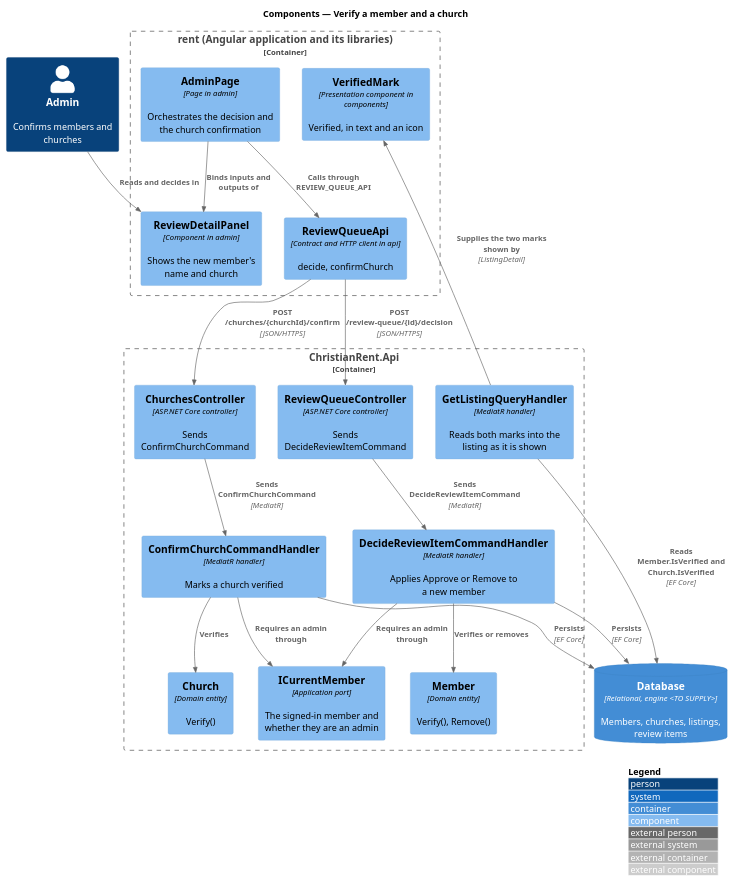
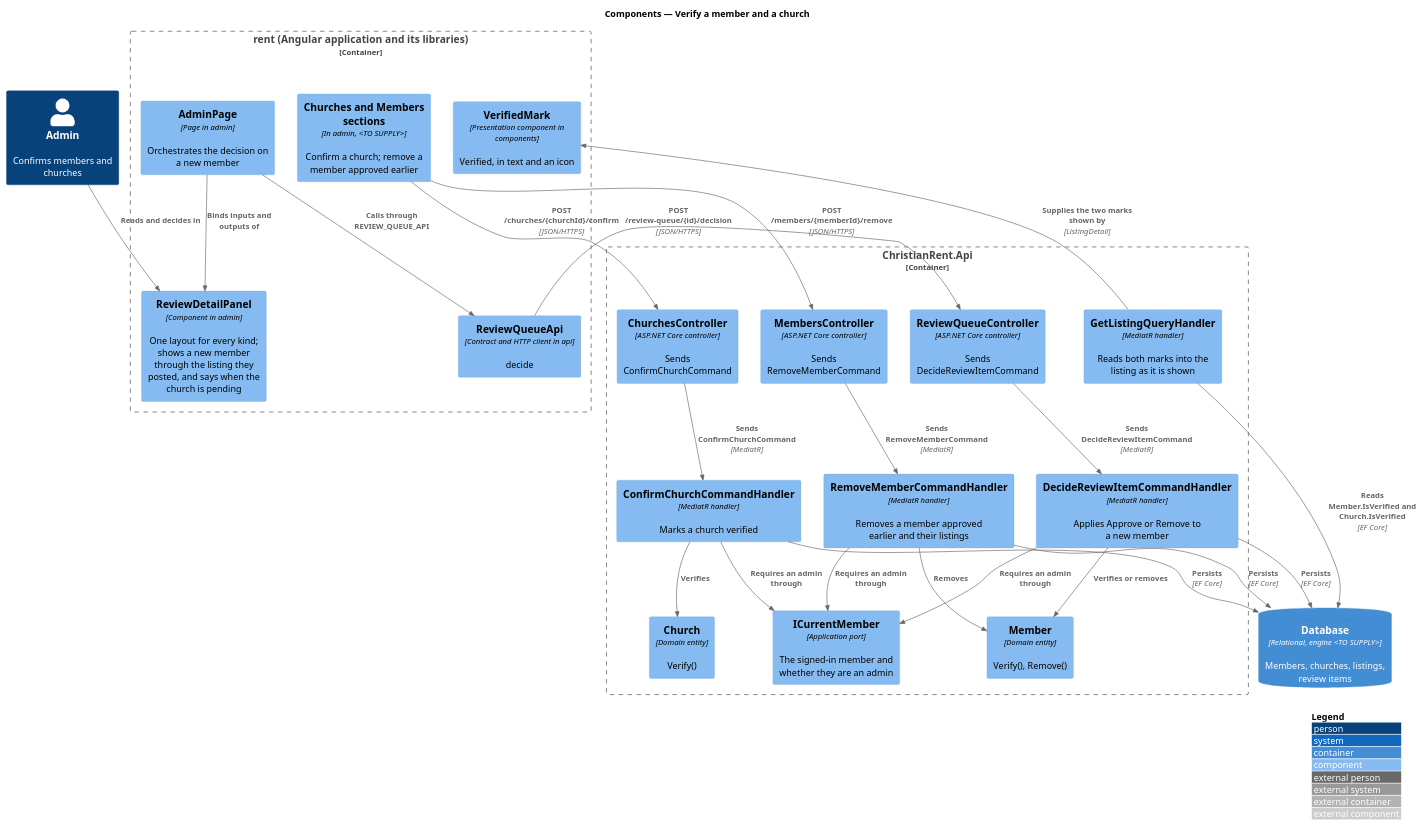
The diagram in docs/detailed-designs/members/verify-member-and-church/diagrams/c4-component.puml (QuinntyneBrown/christian-rent), drawn with PlantUML before and after one commit. The commit also changed 148 other files, not shown here.

```diff
--- a/docs/detailed-designs/members/verify-member-and-church/diagrams/c4-component.puml
+++ b/docs/detailed-designs/members/verify-member-and-church/diagrams/c4-component.puml
@@ -1,40 +1,48 @@
 @startuml
 !include <C4/C4_Component>
 LAYOUT_WITH_LEGEND()
 title Components — Verify a member and a church
 
 Person(admin, "Admin", "Confirms members and churches")
 Container_Boundary(rent, "rent (Angular application and its libraries)") {
-  Component(page, "AdminPage", "Page in admin", "Orchestrates the decision and the church confirmation")
-  Component(panel, "ReviewDetailPanel", "Component in admin", "Shows the new member's name and church")
-  Component(client, "ReviewQueueApi", "Contract and HTTP client in api", "decide, confirmChurch")
+  Component(page, "AdminPage", "Page in admin", "Orchestrates the decision on a new member")
+  Component(panel, "ReviewDetailPanel", "Component in admin", "One layout for every kind; shows a new member through the listing they posted, and says when the church is pending")
+  Component(client, "ReviewQueueApi", "Contract and HTTP client in api", "decide")
+  Component(sections, "Churches and Members sections", "In admin, <TO SUPPLY>", "Confirm a church; remove a member approved earlier")
   Component(mark, "VerifiedMark", "Presentation component in components", "Verified, in text and an icon")
 }
 Container_Boundary(api, "ChristianRent.Api") {
   Component(queue, "ReviewQueueController", "ASP.NET Core controller", "Sends DecideReviewItemCommand")
   Component(churches, "ChurchesController", "ASP.NET Core controller", "Sends ConfirmChurchCommand")
+  Component(members, "MembersController", "ASP.NET Core controller", "Sends RemoveMemberCommand")
+  Component(removeMember, "RemoveMemberCommandHandler", "MediatR handler", "Removes a member approved earlier and their listings")
   Component(decide, "DecideReviewItemCommandHandler", "MediatR handler", "Applies Approve or Remove to a new member")
   Component(confirm, "ConfirmChurchCommandHandler", "MediatR handler", "Marks a church verified")
   Component(current, "ICurrentMember", "Application port", "The signed-in member and whether they are an admin")
   Component(member, "Member", "Domain entity", "Verify(), Remove()")
   Component(church, "Church", "Domain entity", "Verify()")
   Component(read, "GetListingQueryHandler", "MediatR handler", "Reads both marks into the listing as it is shown")
 }
 ContainerDb(db, "Database", "Relational, engine <TO SUPPLY>", "Members, churches, listings, review items")
 
 Rel(admin, panel, "Reads and decides in")
 Rel(page, panel, "Binds inputs and outputs of")
 Rel(page, client, "Calls through REVIEW_QUEUE_API")
 Rel(client, queue, "POST /review-queue/{id}/decision", "JSON/HTTPS")
-Rel(client, churches, "POST /churches/{churchId}/confirm", "JSON/HTTPS")
+Rel(sections, churches, "POST /churches/{churchId}/confirm", "JSON/HTTPS")
+Rel(sections, members, "POST /members/{memberId}/remove", "JSON/HTTPS")
+Rel(members, removeMember, "Sends RemoveMemberCommand", "MediatR")
+Rel(removeMember, current, "Requires an admin through")
+Rel(removeMember, member, "Removes")
+Rel(removeMember, db, "Persists", "EF Core")
 Rel(queue, decide, "Sends DecideReviewItemCommand", "MediatR")
 Rel(churches, confirm, "Sends ConfirmChurchCommand", "MediatR")
 Rel(decide, current, "Requires an admin through")
 Rel(confirm, current, "Requires an admin through")
 Rel(decide, member, "Verifies or removes")
 Rel(confirm, church, "Verifies")
 Rel(decide, db, "Persists", "EF Core")
 Rel(confirm, db, "Persists", "EF Core")
 Rel(read, db, "Reads Member.IsVerified and Church.IsVerified", "EF Core")
 Rel(read, mark, "Supplies the two marks shown by", "ListingDetail")
 @enduml
```
